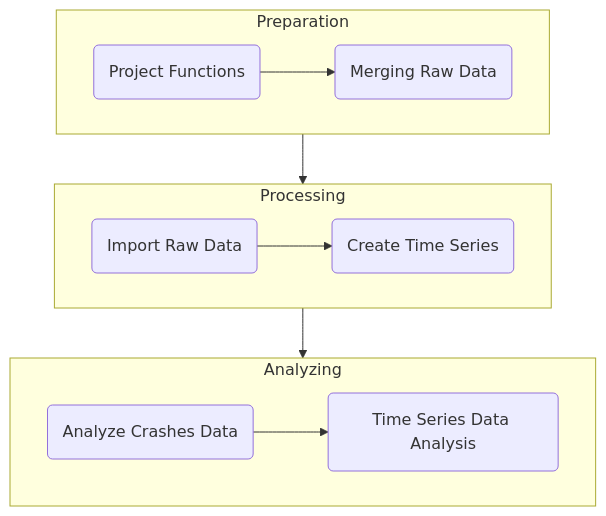
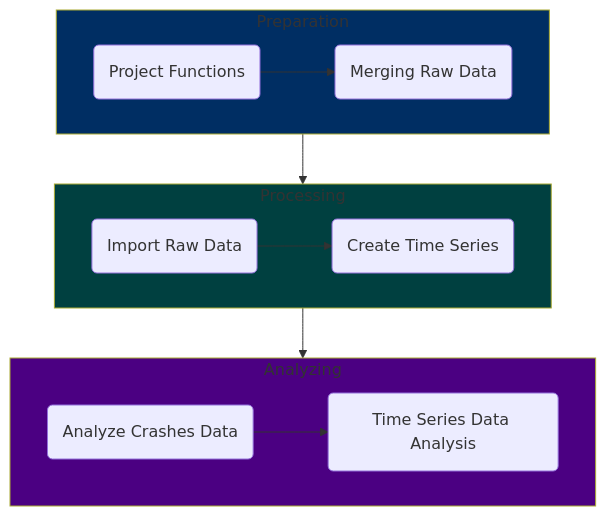
One commit to ktalexan/OCSWITRS changed the diagram in scripts/rScripts/README.md. Above: the diagram before and after it, drawn with Mermaid.

Commit message:
Enhance README.md mermaid diagram with improved styling for script execution phases

````diff
--- a/scripts/rScripts/README.md
+++ b/scripts/rScripts/README.md
@@ -16,14 +16,17 @@
 ```mermaid
 flowchart TB
    a & b & c & d & e & f
    subgraph Preparation
    a("Project Functions") --> b("Merging Raw Data")
    end
    subgraph Processing
    c("Import Raw Data") --> d("Create Time Series")
    end
    subgraph Analyzing
    e("Analyze Crashes Data") -->f("Time Series Data Analysis")
    end
    Preparation --> Processing --> Analyzing
+   style Preparation fill:#002e63
+   style Processing fill:#004040
+   style Analyzing fill:#4b0082
 ```
````
